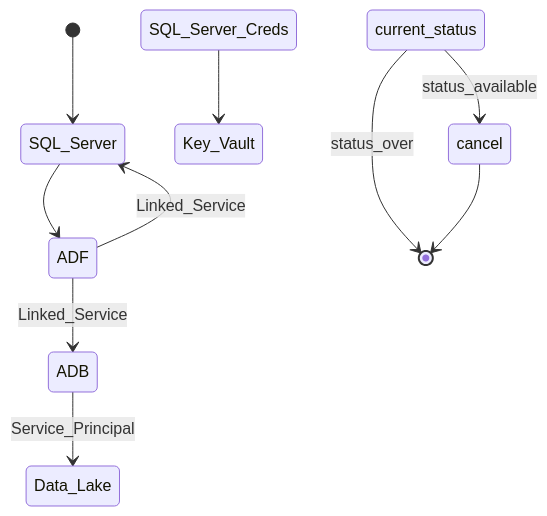
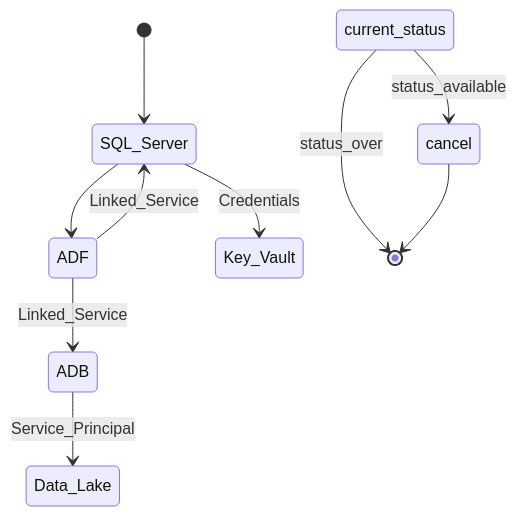
The diagram in README.md (vijganji99/strada-DE-Infra), drawn with Mermaid before and after one commit.

````diff
--- a/README.md
+++ b/README.md
@@ -16,12 +16,12 @@
 ```mermaid
 stateDiagram-v2
     [*] --> SQL_Server
     SQL_Server --> ADF
-    SQL_Server_Creds --> Key_Vault 
+    SQL_Server --> Key_Vault:Credentials 
     ADF --> SQL_Server:Linked_Service
     ADF --> ADB:Linked_Service
     ADB --> Data_Lake:Service_Principal
     current_status --> cancel: status_available
     current_status --> [*]: status_over
     cancel --> [*]
 ```
````
